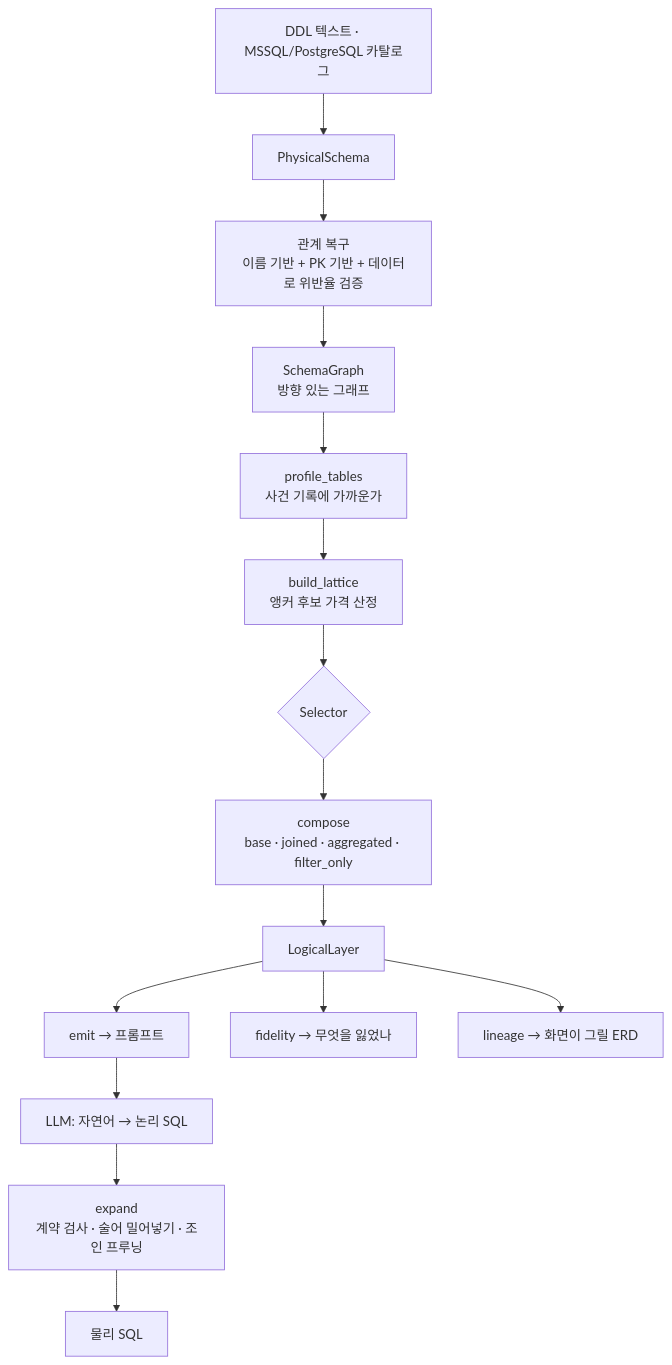
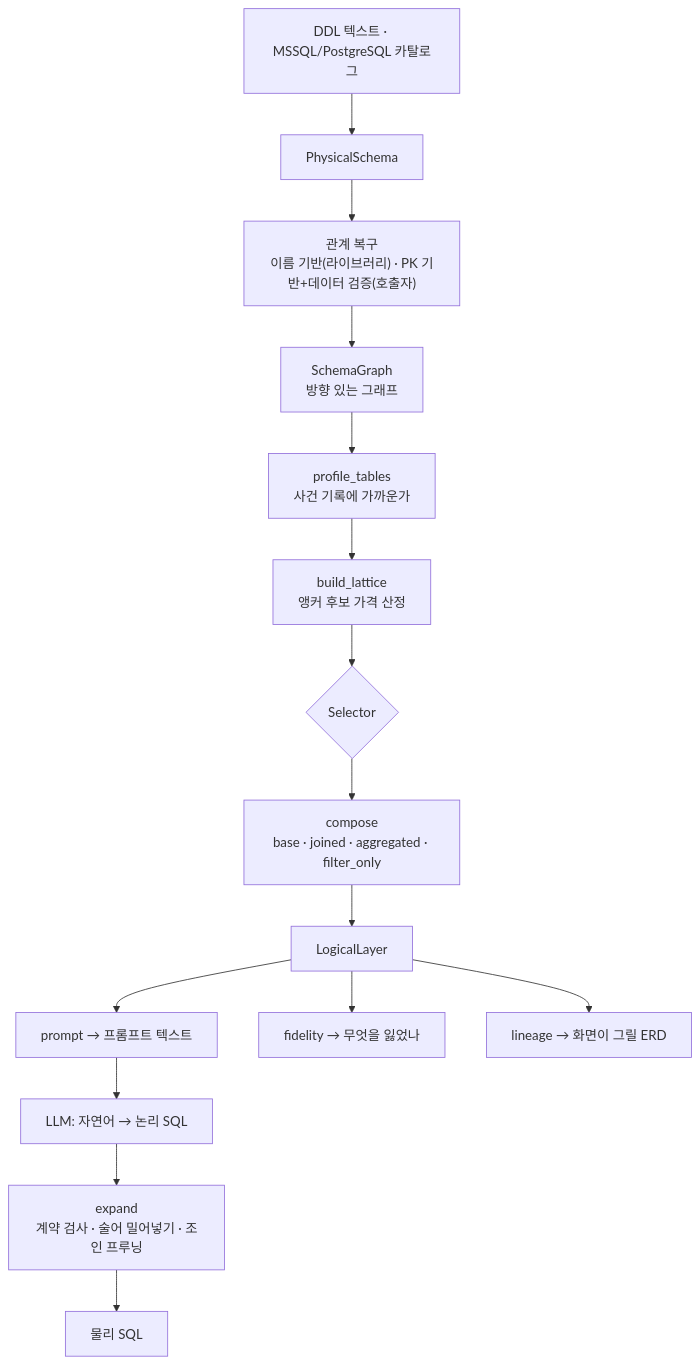
Before and after one commit to Jacob-9909/tablefold: the diagram in docs/pipeline_architecture.md, drawn with Mermaid. The commit also changed other lines of this file and 28 other files, not shown here.

````diff
--- a/docs/pipeline_architecture.md
+++ b/docs/pipeline_architecture.md
@@ -130,17 +192,17 @@
 ```mermaid
 flowchart TD
     A["DDL 텍스트 · MSSQL/PostgreSQL 카탈로그"] --> B["PhysicalSchema"]
-    B --> C["관계 복구<br/>이름 기반 + PK 기반 + 데이터로 위반율 검증"]
+    B --> C["관계 복구<br/>이름 기반(라이브러리) · PK 기반+데이터 검증(호출자)"]
     C --> D["SchemaGraph<br/>방향 있는 그래프"]
     D --> E["profile_tables<br/>사건 기록에 가까운가"]
     E --> F["build_lattice<br/>앵커 후보 가격 산정"]
     F --> G{"Selector"}
     G --> H["compose<br/>base · joined · aggregated · filter_only"]
     H --> I["LogicalLayer"]
-    I --> J["emit → 프롬프트"]
+    I --> J["prompt → 프롬프트 텍스트"]
     I --> K["fidelity → 무엇을 잃었나"]
     I --> L["lineage → 화면이 그릴 ERD"]
     J --> M["LLM: 자연어 → 논리 SQL"]
     M --> N["expand<br/>계약 검사 · 술어 밀어넣기 · 조인 프루닝"]
     N --> O["물리 SQL"]
 ```
````
